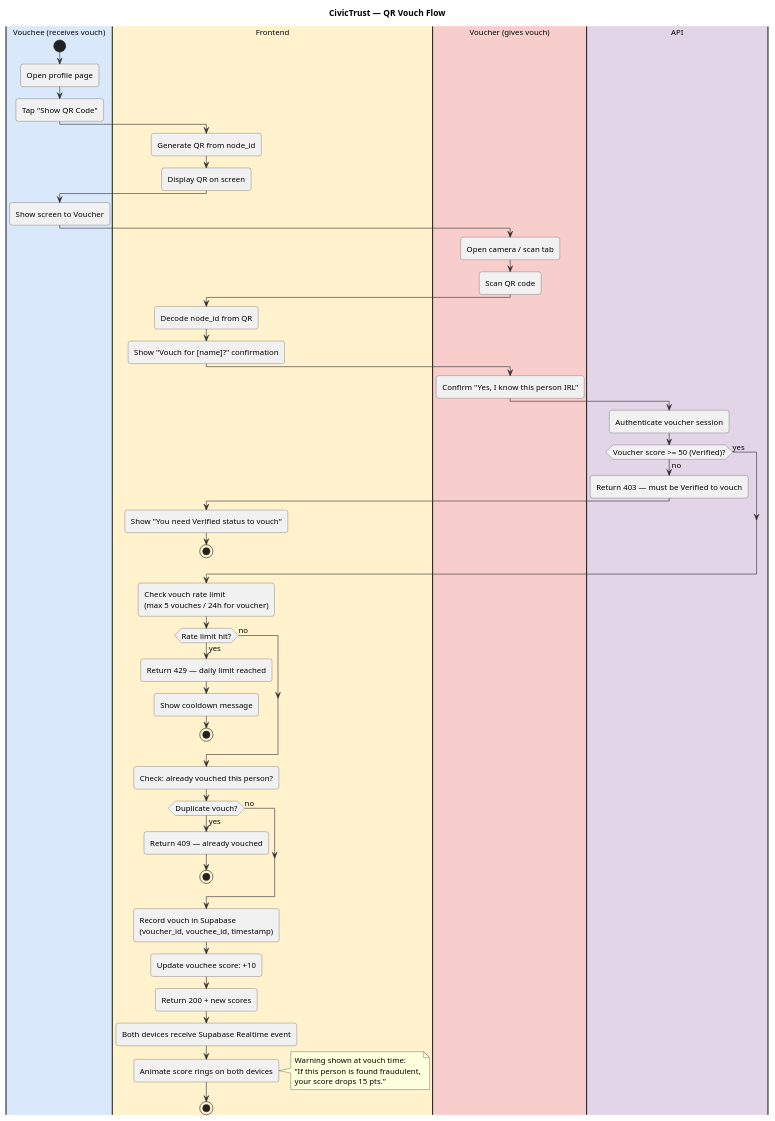
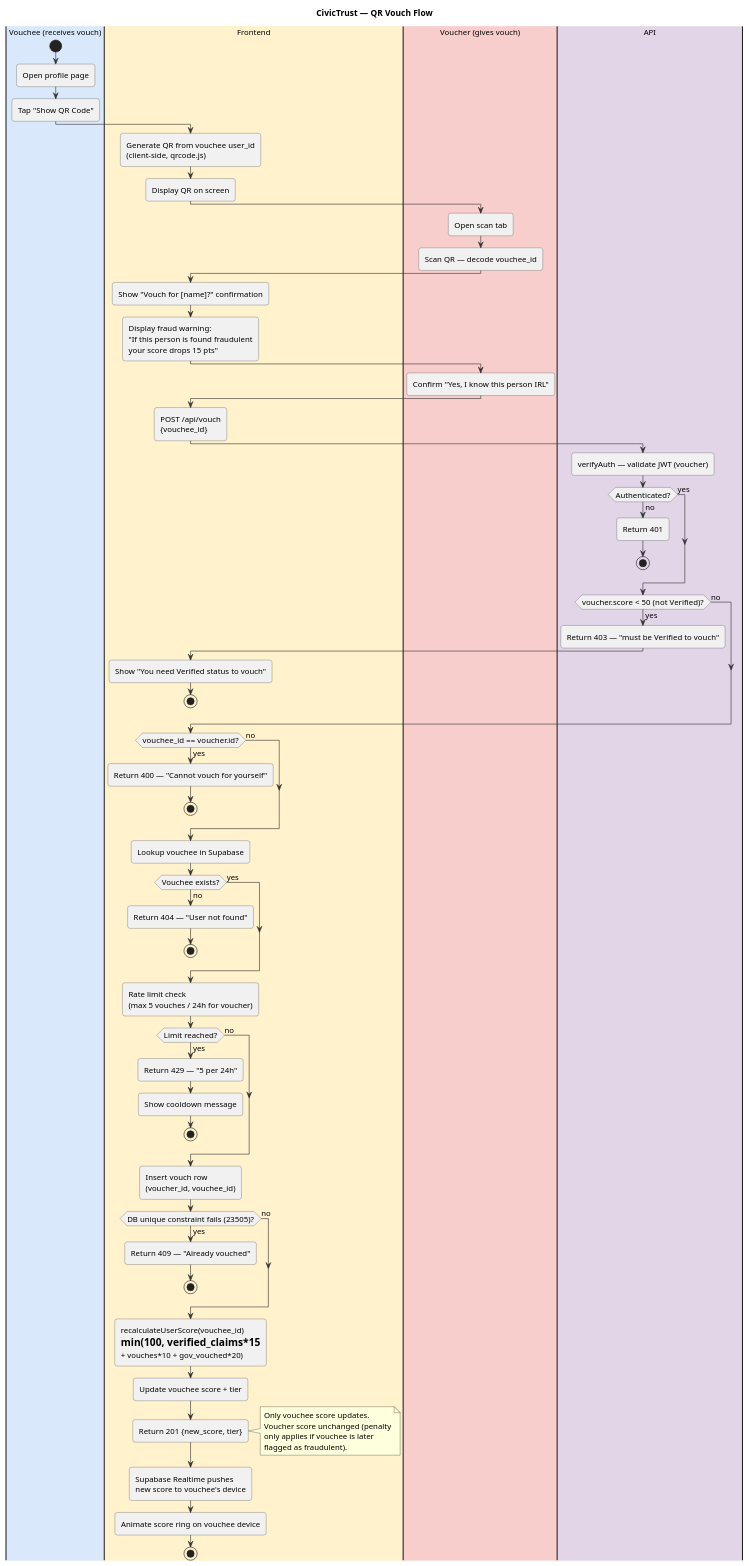
The diagram in docs/vouch.puml (RayyanAbzal/google-hackathon-2026), drawn with PlantUML before and after one commit. The commit also changed 8 other files, not shown here.

```diff
--- a/docs/vouch.puml
+++ b/docs/vouch.puml
@@ -1,74 +1,94 @@
 @startuml
 skinparam backgroundColor #ffffff
 skinparam defaultFontSize 13
 skinparam roundcorner 8
 skinparam activityBorderColor #444444
 skinparam activityArrowColor #333333
 
 title CivicTrust — QR Vouch Flow
 
 |#dae8fc|Vouchee (receives vouch)|
 start
 :Open profile page;
 :Tap "Show QR Code";
 
 |#fff2cc|Frontend|
-:Generate QR from node_id;
+:Generate QR from vouchee user_id\n(client-side, qrcode.js);
 :Display QR on screen;
 
-|#dae8fc|Vouchee (receives vouch)|
-:Show screen to Voucher;
-
 |#f8cecc|Voucher (gives vouch)|
-:Open camera / scan tab;
-:Scan QR code;
+:Open scan tab;
+:Scan QR — decode vouchee_id;
 
 |#fff2cc|Frontend|
-:Decode node_id from QR;
 :Show "Vouch for [name]?" confirmation;
+:Display fraud warning:\n"If this person is found fraudulent\nyour score drops 15 pts";
 
 |#f8cecc|Voucher (gives vouch)|
 :Confirm "Yes, I know this person IRL";
 
+|#fff2cc|Frontend|
+:POST /api/vouch\n{vouchee_id};
+
 |#e1d5e7|API|
-:Authenticate voucher session;
-if (Voucher score >= 50 (Verified)?) then (no)
-  :Return 403 — must be Verified to vouch;
-  |#fff2cc|Frontend|
-  :Show "You need Verified status to vouch";
+:verifyAuth — validate JWT (voucher);
+if (Authenticated?) then (no)
+  :Return 401;
   stop
 else (yes)
 endif
 
-:Check vouch rate limit\n(max 5 vouches / 24h for voucher);
-if (Rate limit hit?) then (yes)
-  :Return 429 — daily limit reached;
+if (voucher.score < 50 (not Verified)?) then (yes)
+  :Return 403 — "must be Verified to vouch";
+  |#fff2cc|Frontend|
+  :Show "You need Verified status to vouch";
+  stop
+else (no)
+endif
+
+if (vouchee_id == voucher.id?) then (yes)
+  :Return 400 — "Cannot vouch for yourself";
+  stop
+else (no)
+endif
+
+:Lookup vouchee in Supabase;
+if (Vouchee exists?) then (no)
+  :Return 404 — "User not found";
+  stop
+else (yes)
+endif
+
+:Rate limit check\n(max 5 vouches / 24h for voucher);
+if (Limit reached?) then (yes)
+  :Return 429 — "5 per 24h";
   |#fff2cc|Frontend|
   :Show cooldown message;
   stop
 else (no)
 endif
 
-:Check: already vouched this person?;
-if (Duplicate vouch?) then (yes)
-  :Return 409 — already vouched;
+:Insert vouch row\n(voucher_id, vouchee_id);
+if (DB unique constraint fails (23505)?) then (yes)
+  :Return 409 — "Already vouched";
   stop
 else (no)
 endif
 
-:Record vouch in Supabase\n(voucher_id, vouchee_id, timestamp);
-:Update vouchee score: +10;
-:Return 200 + new scores;
+:recalculateUserScore(vouchee_id)\n= min(100, verified_claims*15\n+ vouches*10 + gov_vouched*20);
+:Update vouchee score + tier;
+:Return 201 {new_score, tier};
+
+note right
+  Only vouchee score updates.
+  Voucher score unchanged (penalty
+  only applies if vouchee is later
+  flagged as fraudulent).
+end note
 
 |#fff2cc|Frontend|
-:Both devices receive Supabase Realtime event;
-:Animate score rings on both devices;
-
-note right
-  Warning shown at vouch time:
-  "If this person is found fraudulent,
-  your score drops 15 pts."
-end note
+:Supabase Realtime pushes\nnew score to vouchee's device;
+:Animate score ring on vouchee device;
 
 stop
 @enduml
```
